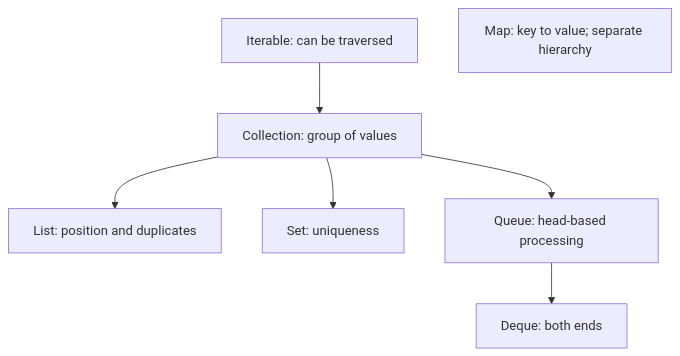
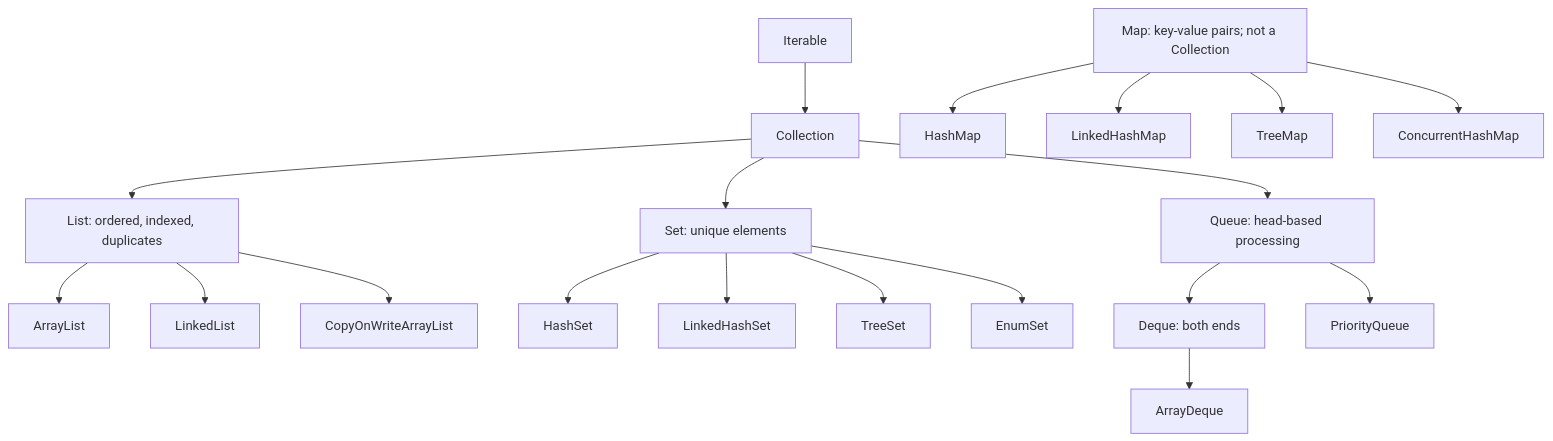
One commit to taukhir/shopverse changed the first of 2 diagrams in documentation/docs/java/JAVA-COLLECTIONS.md. Above: the diagram before and after it, drawn with Mermaid. The commit also changed other lines of this file and 275 other files, not shown here.

````diff
--- a/documentation/docs/java/JAVA-COLLECTIONS.md
+++ b/documentation/docs/java/JAVA-COLLECTIONS.md
@@ -41,9 +29,23 @@
 ```mermaid
 flowchart TB
-    iterable["Iterable: can be traversed"] --> collection["Collection: group of values"]
-    collection --> list["List: position and duplicates"]
-    collection --> set["Set: uniqueness"]
+    iterable["Iterable"] --> collection["Collection"]
+    collection --> list["List: ordered, indexed, duplicates"]
+    collection --> set["Set: unique elements"]
     collection --> queue["Queue: head-based processing"]
     queue --> deque["Deque: both ends"]
-    map["Map: key to value; separate hierarchy"]
+    map["Map: key-value pairs; not a Collection"]
+
+    list --> arrayList["ArrayList"]
+    list --> linkedList["LinkedList"]
+    list --> cowList["CopyOnWriteArrayList"]
+    set --> hashSet["HashSet"]
+    set --> linkedHashSet["LinkedHashSet"]
+    set --> treeSet["TreeSet"]
+    set --> enumSet["EnumSet"]
+    map --> hashMap["HashMap"]
+    map --> linkedHashMap["LinkedHashMap"]
+    map --> treeMap["TreeMap"]
+    map --> concurrentMap["ConcurrentHashMap"]
+    deque --> arrayDeque["ArrayDeque"]
+    queue --> priorityQueue["PriorityQueue"]
 ```
````
